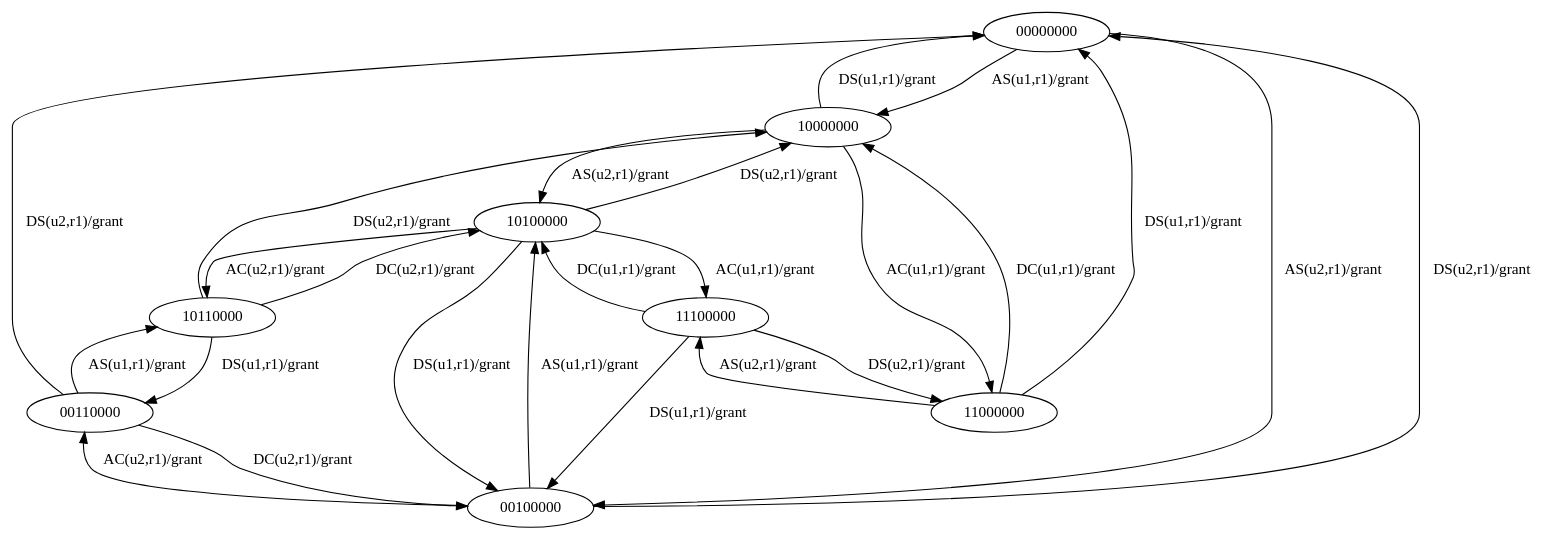
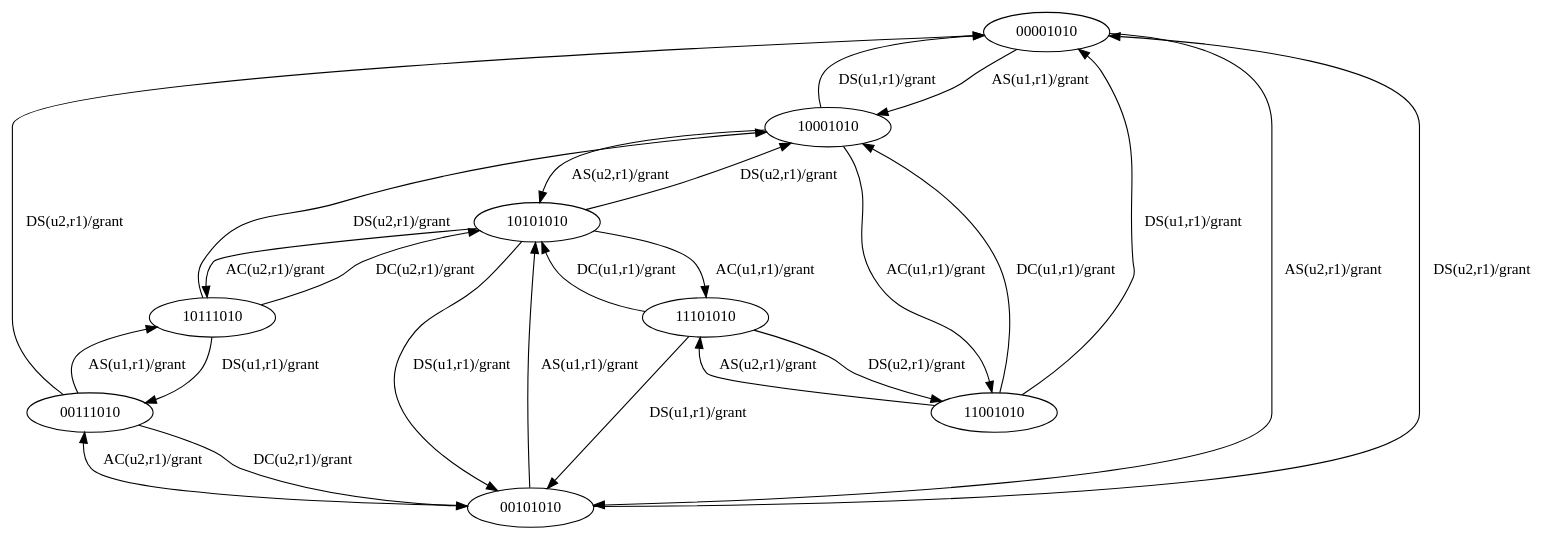
Before and after one commit to damascenodiego/rbac-bt: the diagram in rbac-bt/policies/Masood2010Example1.dot, drawn with Graphviz. The commit also changed 21 other files, not shown here.

```diff
--- a/rbac-bt/policies/Masood2010Example1.dot
+++ b/rbac-bt/policies/Masood2010Example1.dot
@@ -1,26 +1,26 @@
 digraph rbac2Fsm {
-  00000000 -> 10000000 [ label ="AS(u1,r1)/grant"];
-  00000000 -> 00100000 [ label ="AS(u2,r1)/grant"];
-  10000000 -> 00000000 [ label ="DS(u1,r1)/grant"];
-  10000000 -> 11000000 [ label ="AC(u1,r1)/grant"];
-  10000000 -> 10100000 [ label ="AS(u2,r1)/grant"];
-  00100000 -> 10100000 [ label ="AS(u1,r1)/grant"];
-  00100000 -> 00000000 [ label ="DS(u2,r1)/grant"];
-  00100000 -> 00110000 [ label ="AC(u2,r1)/grant"];
-  11000000 -> 00000000 [ label ="DS(u1,r1)/grant"];
-  11000000 -> 10000000 [ label ="DC(u1,r1)/grant"];
-  11000000 -> 11100000 [ label ="AS(u2,r1)/grant"];
-  10100000 -> 00100000 [ label ="DS(u1,r1)/grant"];
-  10100000 -> 11100000 [ label ="AC(u1,r1)/grant"];
-  10100000 -> 10000000 [ label ="DS(u2,r1)/grant"];
-  10100000 -> 10110000 [ label ="AC(u2,r1)/grant"];
-  00110000 -> 10110000 [ label ="AS(u1,r1)/grant"];
-  00110000 -> 00000000 [ label ="DS(u2,r1)/grant"];
-  00110000 -> 00100000 [ label ="DC(u2,r1)/grant"];
-  11100000 -> 00100000 [ label ="DS(u1,r1)/grant"];
-  11100000 -> 10100000 [ label ="DC(u1,r1)/grant"];
-  11100000 -> 11000000 [ label ="DS(u2,r1)/grant"];
-  10110000 -> 00110000 [ label ="DS(u1,r1)/grant"];
-  10110000 -> 10000000 [ label ="DS(u2,r1)/grant"];
-  10110000 -> 10100000 [ label ="DC(u2,r1)/grant"];
+  00001010 -> 10001010 [ label ="AS(u1,r1)/grant"];
+  00001010 -> 00101010 [ label ="AS(u2,r1)/grant"];
+  10001010 -> 00001010 [ label ="DS(u1,r1)/grant"];
+  10001010 -> 11001010 [ label ="AC(u1,r1)/grant"];
+  10001010 -> 10101010 [ label ="AS(u2,r1)/grant"];
+  00101010 -> 10101010 [ label ="AS(u1,r1)/grant"];
+  00101010 -> 00001010 [ label ="DS(u2,r1)/grant"];
+  00101010 -> 00111010 [ label ="AC(u2,r1)/grant"];
+  11001010 -> 00001010 [ label ="DS(u1,r1)/grant"];
+  11001010 -> 10001010 [ label ="DC(u1,r1)/grant"];
+  11001010 -> 11101010 [ label ="AS(u2,r1)/grant"];
+  10101010 -> 00101010 [ label ="DS(u1,r1)/grant"];
+  10101010 -> 11101010 [ label ="AC(u1,r1)/grant"];
+  10101010 -> 10001010 [ label ="DS(u2,r1)/grant"];
+  10101010 -> 10111010 [ label ="AC(u2,r1)/grant"];
+  00111010 -> 10111010 [ label ="AS(u1,r1)/grant"];
+  00111010 -> 00001010 [ label ="DS(u2,r1)/grant"];
+  00111010 -> 00101010 [ label ="DC(u2,r1)/grant"];
+  11101010 -> 00101010 [ label ="DS(u1,r1)/grant"];
+  11101010 -> 10101010 [ label ="DC(u1,r1)/grant"];
+  11101010 -> 11001010 [ label ="DS(u2,r1)/grant"];
+  10111010 -> 00111010 [ label ="DS(u1,r1)/grant"];
+  10111010 -> 10001010 [ label ="DS(u2,r1)/grant"];
+  10111010 -> 10101010 [ label ="DC(u2,r1)/grant"];
 }
```
